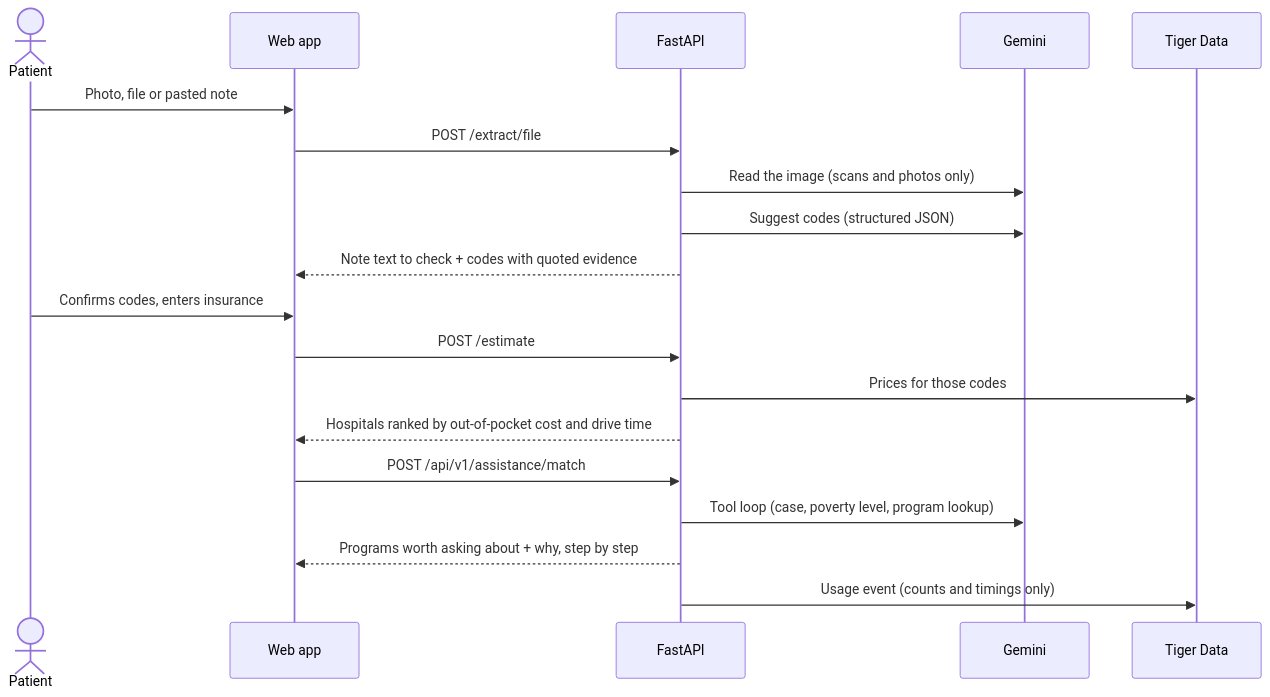
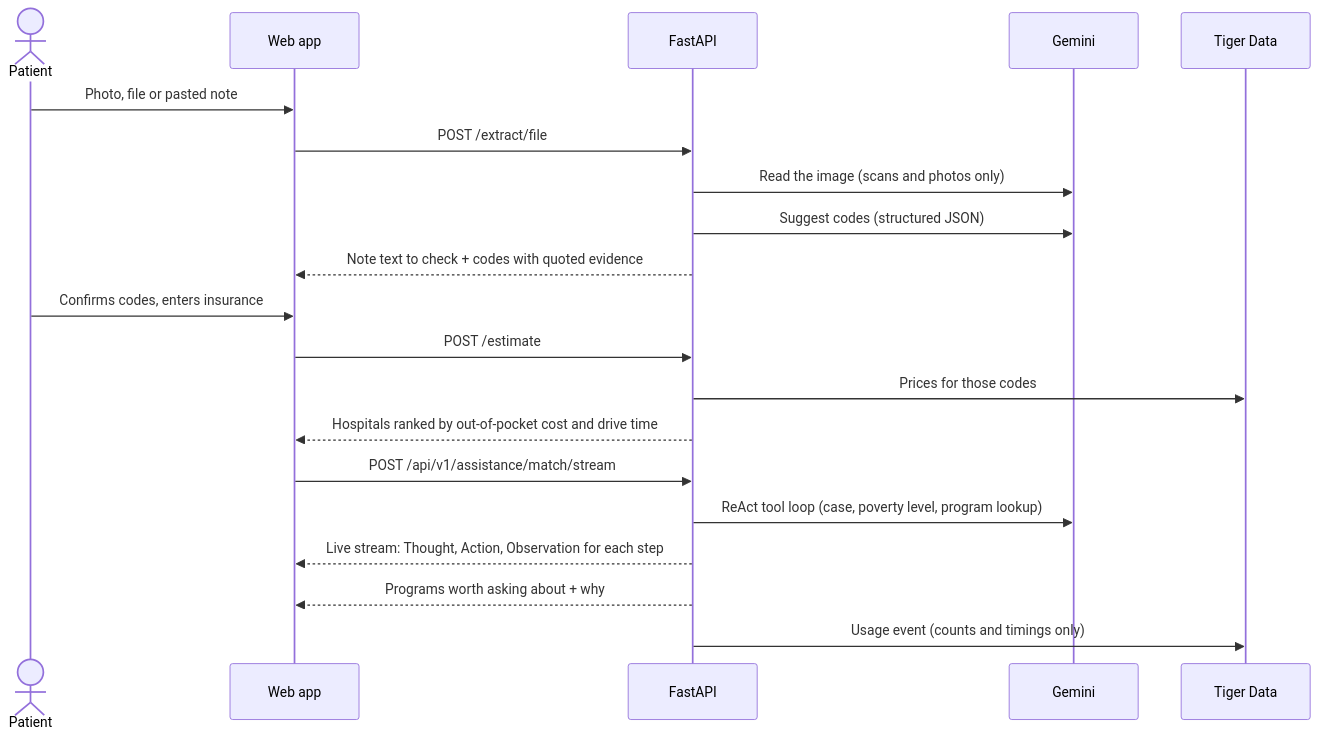
The third of 3 diagrams in README.md (ChapelFob80930/truecost-cost-navigator), drawn with Mermaid before and after one commit. The commit also changed other lines of this file and 25 other files, not shown here.

````diff
--- a/README.md
+++ b/README.md
@@ -72,21 +72,22 @@
 ```mermaid
 sequenceDiagram
   actor Patient
   participant UI as Web app
   participant API as FastAPI
   participant G as Gemini
   participant DB as Tiger Data
   Patient->>UI: Photo, file or pasted note
   UI->>API: POST /extract/file
   API->>G: Read the image (scans and photos only)
   API->>G: Suggest codes (structured JSON)
   API-->>UI: Note text to check + codes with quoted evidence
   Patient->>UI: Confirms codes, enters insurance
   UI->>API: POST /estimate
   API->>DB: Prices for those codes
   API-->>UI: Hospitals ranked by out-of-pocket cost and drive time
-  UI->>API: POST /api/v1/assistance/match
-  API->>G: Tool loop (case, poverty level, program lookup)
-  API-->>UI: Programs worth asking about + why, step by step
+  UI->>API: POST /api/v1/assistance/match/stream
+  API->>G: ReAct tool loop (case, poverty level, program lookup)
+  API-->>UI: Live stream: Thought, Action, Observation for each step
+  API-->>UI: Programs worth asking about + why
   API->>DB: Usage event (counts and timings only)
 ```
````
